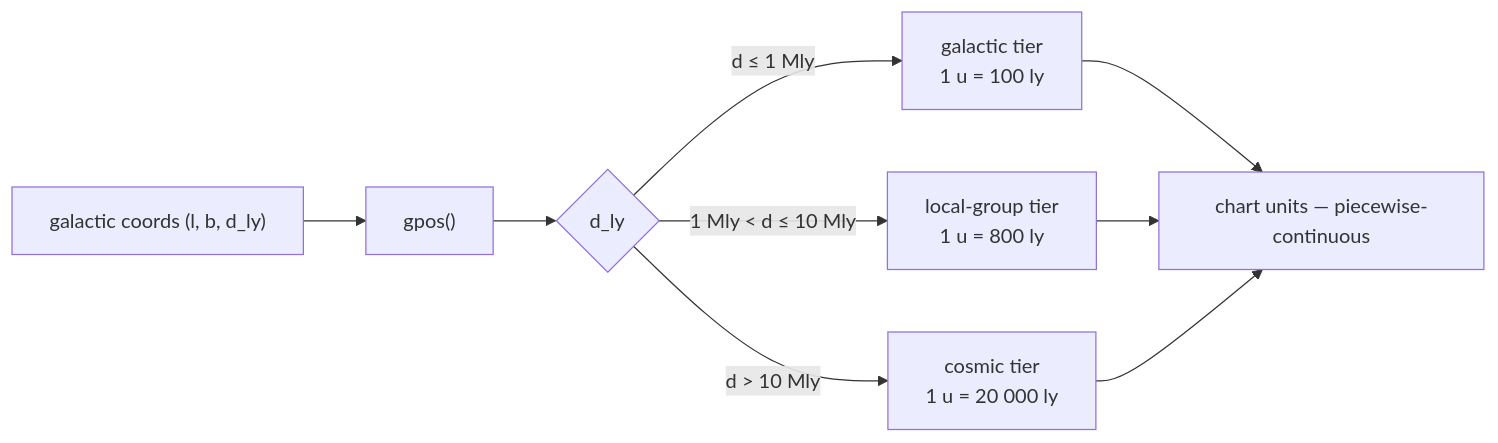
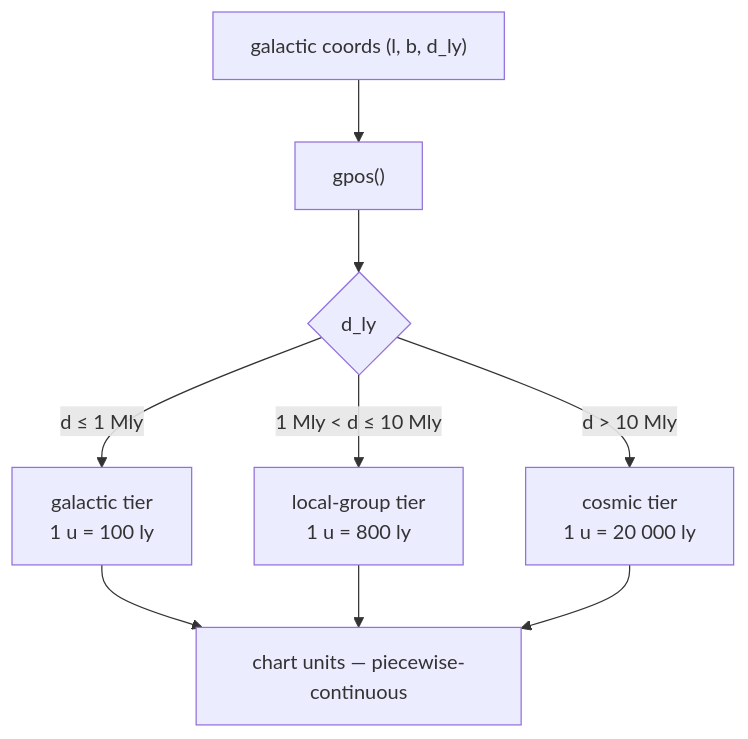
Before and after one commit to LuisKrotz/luiskr.com-V3-shared: the first of 5 diagrams in docs/animations/physics-simulations/README.md, drawn with Mermaid. The commit also changed other lines of this file and 24 other files, not shown here.

First line of the commit message:
feat: live-translated locale pages at public paths + vertical mermaid

````diff
--- a/docs/animations/physics-simulations/README.md
+++ b/docs/animations/physics-simulations/README.md
@@ -19,9 +19,9 @@
 ```mermaid
-flowchart LR
+flowchart TB
     A["galactic coords (l, b, d_ly)"] --> B["gpos()"]
     B --> C{"d_ly"}
     C -->|"d ≤ 1 Mly"| D["galactic tier<br/>1 u = 100 ly"]
     C -->|"1 Mly < d ≤ 10 Mly"| E["local-group tier<br/>1 u = 800 ly"]
     C -->|"d > 10 Mly"| F["cosmic tier<br/>1 u = 20 000 ly"]
     D & E & F --> G["chart units — piecewise-continuous"]
 ```
````
